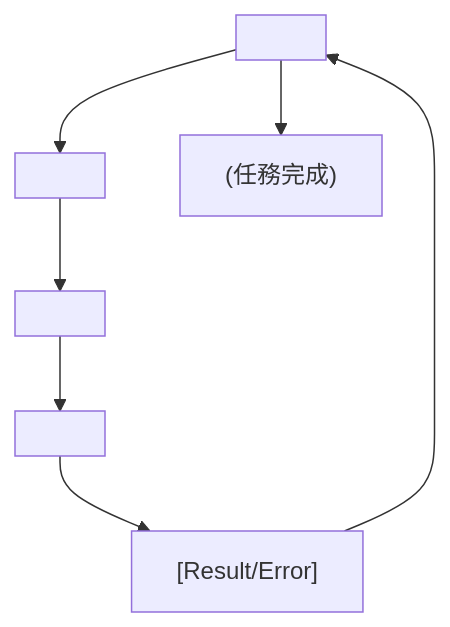
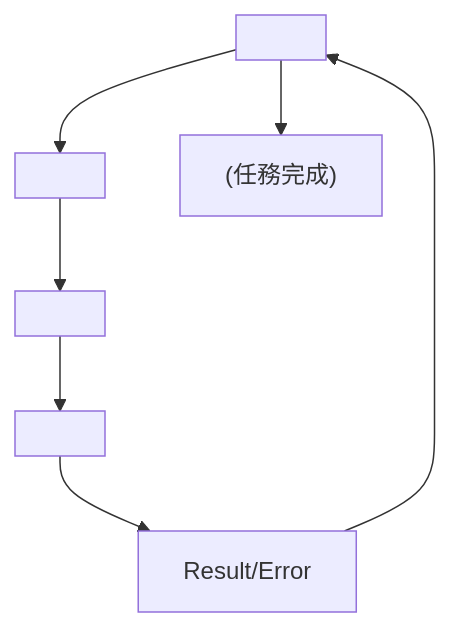
The diagram in foundations/llm-agentic/deepanalyze.md (sou350121/Trading-Handbook), drawn with Mermaid before and after one commit. The commit also changed 191 other files, not shown here.

First line of the commit message:
render: fix math + mermaid for GitHub across the corpus (188 pages)

````diff
--- a/foundations/llm-agentic/deepanalyze.md
+++ b/foundations/llm-agentic/deepanalyze.md
@@ -30,9 +30,9 @@
 ```mermaid
 flowchart TD
     A["<Analyze>"] --> B["<Understand>"]
     B["<Understand>"] --> C["<Code>"]
     C["<Code>"] --> D["<Execute>"]
-    D["<Execute>"] --> E["[Result/Error]"]
-    E["[Result/Error]"] --> A["<Analyze>"]
+    D["<Execute>"] --> E["Result/Error"]
+    E["Result/Error"] --> A["<Analyze>"]
     A["<Analyze>"] --> F["<Answer> (任務完成)"]
 ```
````
